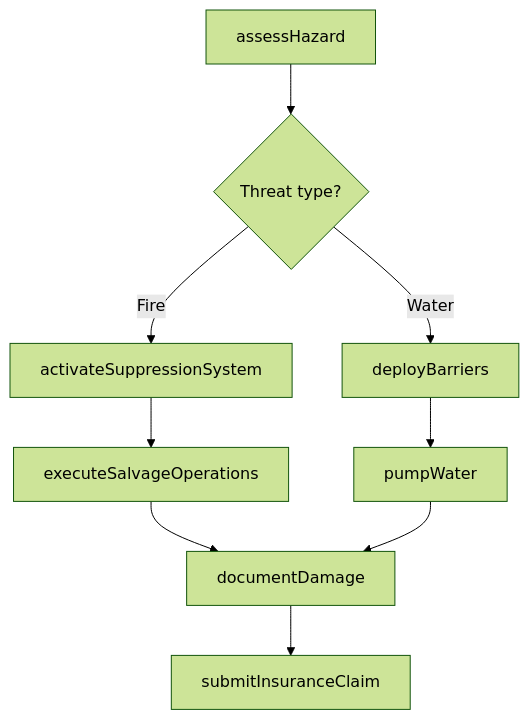
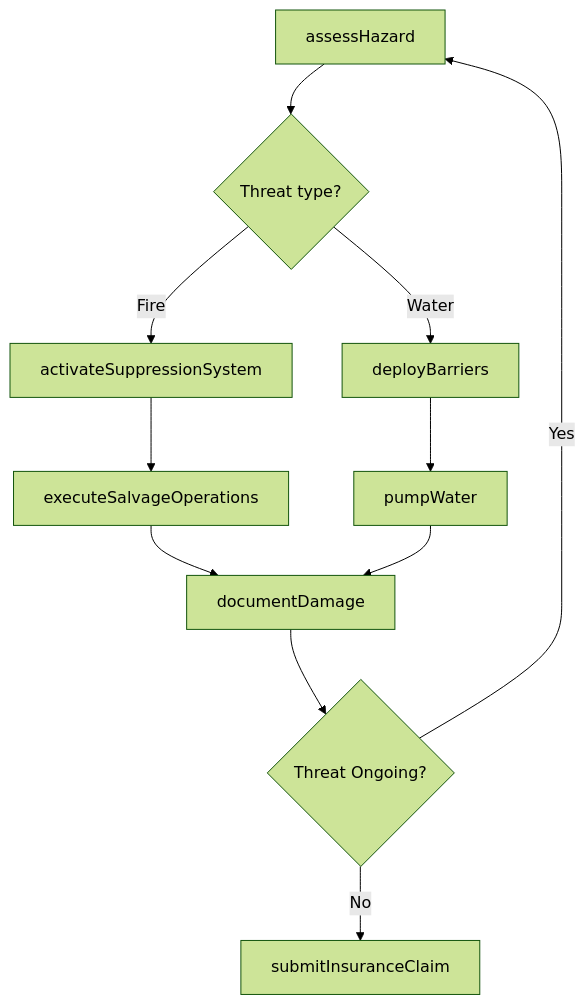
One commit to dot-org-ai/tasks.org.ai changed the third of 4 diagrams in PerformingGeneralPhysicalActivities/ProtectPeopleOrPropertyFromThreatsSuchAsFiresOrFlooding/ProtectPropertyFireWaterDamage.mdx. Above: the diagram before and after it, drawn with Mermaid (forest theme). The commit also changed other lines of this file and 307 other files, not shown here.

First line of the commit message:
feat: Add ER diagrams and state diagrams to remaining 308 DWA task files (wave 3 complete)

````diff
--- a/PerformingGeneralPhysicalActivities/ProtectPeopleOrPropertyFromThreatsSuchAsFiresOrFlooding/ProtectPropertyFireWaterDamage.mdx
+++ b/PerformingGeneralPhysicalActivities/ProtectPeopleOrPropertyFromThreatsSuchAsFiresOrFlooding/ProtectPropertyFireWaterDamage.mdx
@@ -88,11 +116,13 @@
 ```mermaid
 graph TD
     A[assessHazard] --> B{Threat type?}
     B -->|Fire| C[activateSuppressionSystem]
     B -->|Water| D[deployBarriers]
     C --> E[executeSalvageOperations]
     D --> F[pumpWater]
     E --> G[documentDamage]
     F --> G
-    G --> H[submitInsuranceClaim]
+    G --> H{Threat Ongoing?}
+    H -->|Yes| A
+    H -->|No| I[submitInsuranceClaim]
 ```
````
